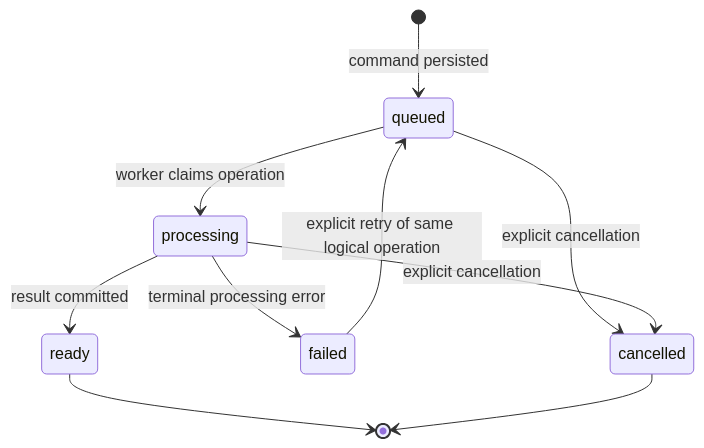
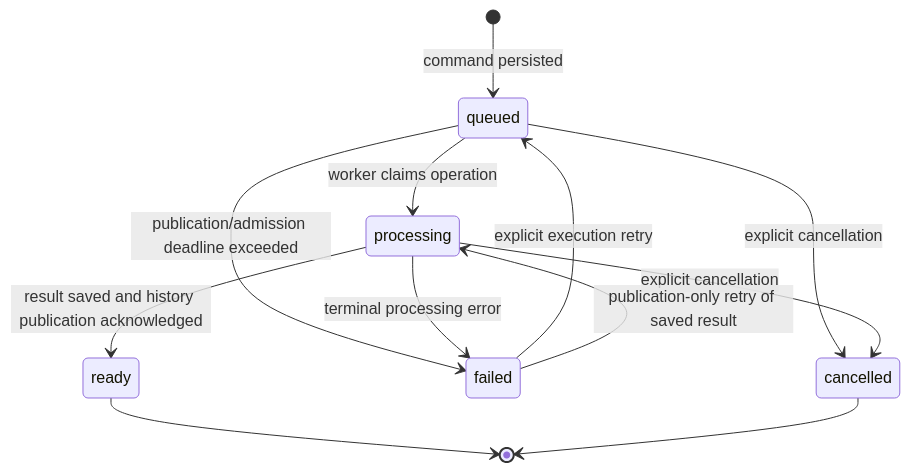
The fifth of 6 diagrams in docs/CNBChatOperationArchitecture.md (Open-Earth-Foundation/CityCatalyst), drawn with Mermaid before and after one commit. The commit also changed other lines of this file and 17 other files, not shown here.

````diff
--- a/docs/CNBChatOperationArchitecture.md
+++ b/docs/CNBChatOperationArchitecture.md
@@ -161,12 +251,14 @@
 ```mermaid
 stateDiagram-v2
     [*] --> queued: command persisted
     queued --> processing: worker claims operation
-    processing --> ready: result committed
+    processing --> ready: result saved and history publication acknowledged
+    queued --> failed: publication/admission deadline exceeded
     processing --> failed: terminal processing error
     queued --> cancelled: explicit cancellation
     processing --> cancelled: explicit cancellation
-    failed --> queued: explicit retry of same logical operation
+    failed --> queued: explicit execution retry
+    failed --> processing: publication-only retry of saved result
     ready --> [*]
     cancelled --> [*]
 ```
````
